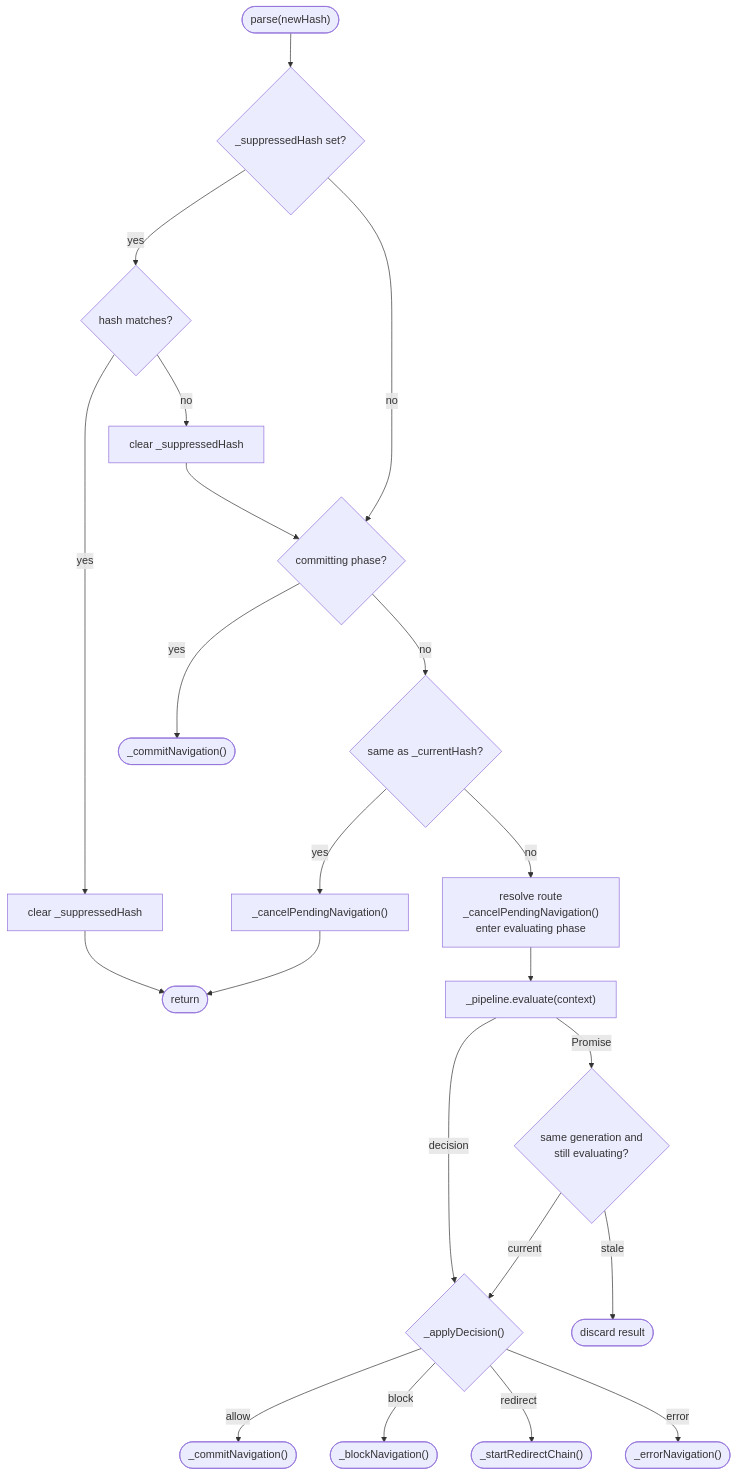
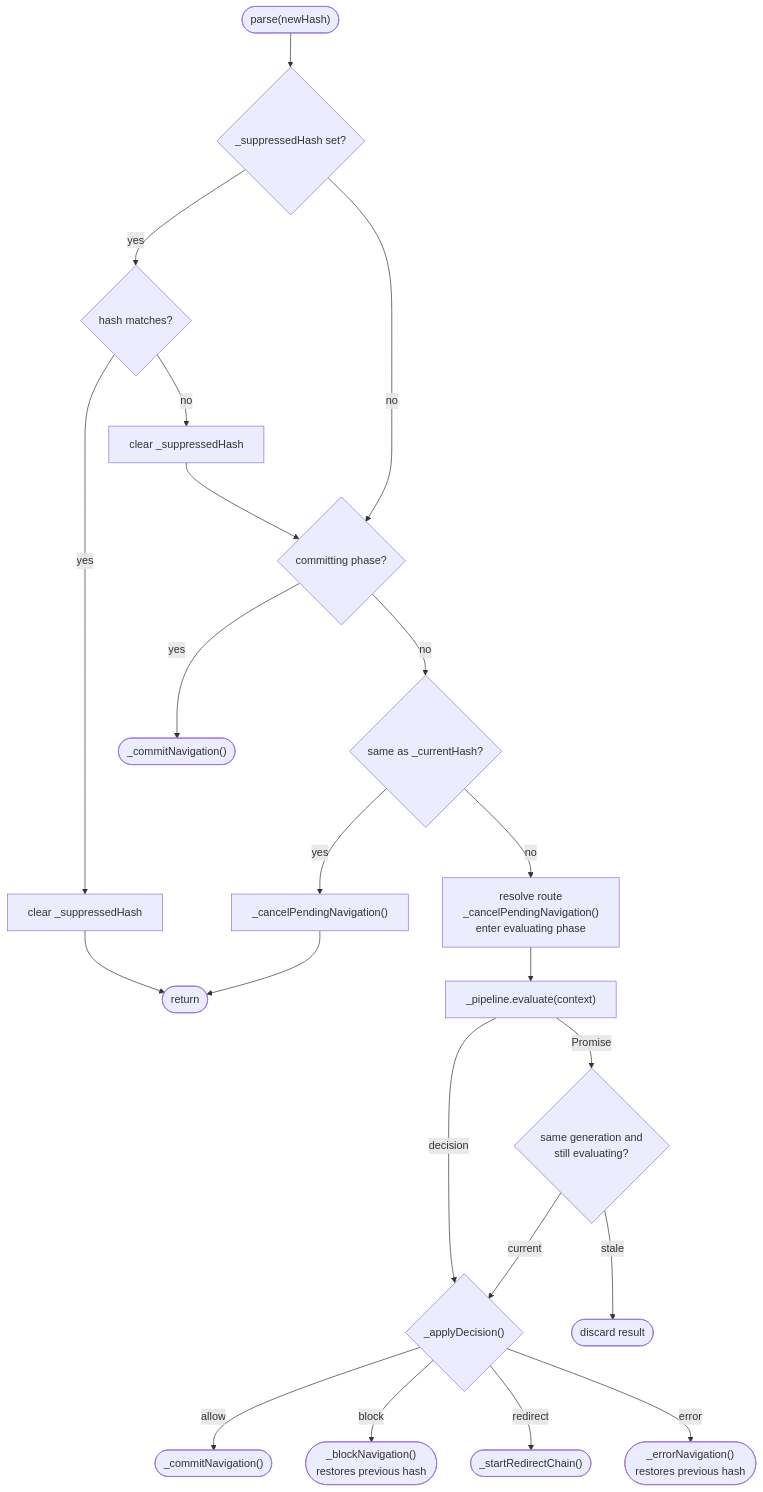
Before and after one commit to wridgeu/ui5-lib-guard-router: the first of 4 diagrams in docs/reference/architecture.md, drawn with Mermaid. The commit also changed other lines of this file and 10 other files, not shown here.

````diff
--- a/docs/reference/architecture.md
+++ b/docs/reference/architecture.md
@@ -186,23 +186,23 @@
 ```mermaid
 flowchart TD
     start(["parse(newHash)"]) --> suppress{_suppressedHash set?}
     suppress -- "yes" --> smatch{hash matches?}
     smatch -- "yes" --> sclear["clear _suppressedHash"] --> ret(["return"])
     smatch -- "no" --> sclear2["clear _suppressedHash"] --> redir
     suppress -- "no" --> redir{committing phase?}
     redir -- "yes" --> bypass(["_commitNavigation()"])
     redir -- "no" --> samehash{same as _currentHash?}
     samehash -- "yes" --> canceldup["_cancelPendingNavigation()"] --> ret
     samehash -- "no" --> setup["resolve route<br/>_cancelPendingNavigation()<br/>enter evaluating phase"]
 
     setup --> evaluate["_pipeline.evaluate(context)"]
     evaluate -- "decision" --> apply{"_applyDecision()"}
     evaluate -- "Promise" --> stale{"same generation and<br/>still evaluating?"}
     stale -- "current" --> apply
     stale -- "stale" --> discard(["discard result"])
 
     apply -- "allow" --> commit(["_commitNavigation()"])
-    apply -- "block" --> block(["_blockNavigation()"])
+    apply -- "block" --> block(["_blockNavigation()<br/>restores previous hash"])
     apply -- "redirect" --> redirect(["_startRedirectChain()"])
-    apply -- "error" --> errornav(["_errorNavigation()"])
+    apply -- "error" --> errornav(["_errorNavigation()<br/>restores previous hash"])
 ```
````
